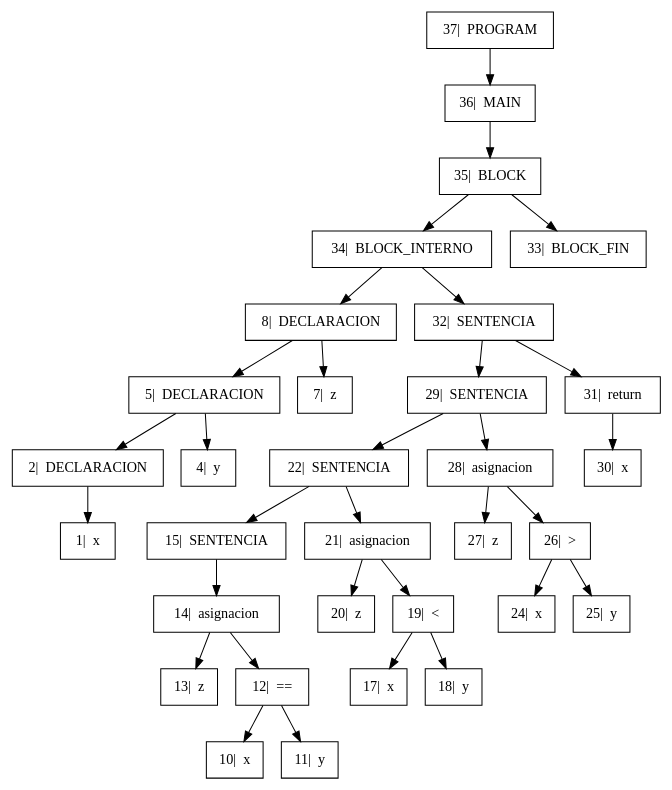
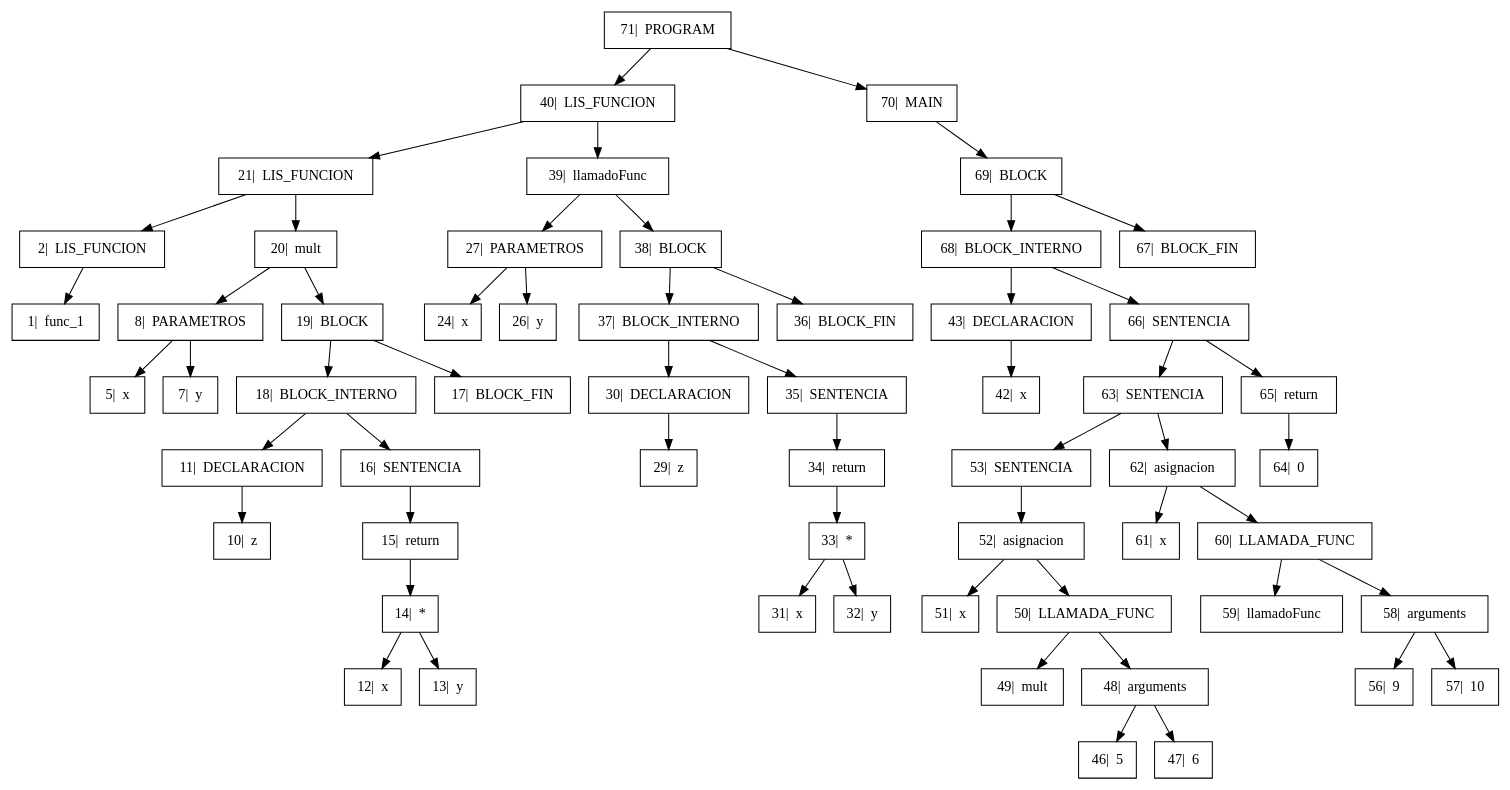
One commit to GiovA07/PRE-PROYECTO-COMPILADORES changed the diagram in Proyecto/output/Arbol.dot. Above: the diagram before and after it, drawn with Graphviz. The commit also changed 8 other files, not shown here.

```diff
--- a/Proyecto/output/Arbol.dot
+++ b/Proyecto/output/Arbol.dot
@@ -1,24 +1,40 @@
 digraph{
 
 rankdir=TB;
 
 node[shape=box];
-"37|  PROGRAM" -> "36|  MAIN" ;
-"36|  MAIN" -> "35|  BLOCK" ;
-"35|  BLOCK" -> "34|  BLOCK_INTERNO", "33|  BLOCK_FIN";
-"34|  BLOCK_INTERNO" -> "8|  DECLARACION", "32|  SENTENCIA";
-"8|  DECLARACION" -> "5|  DECLARACION", "7|  z";
-"5|  DECLARACION" -> "2|  DECLARACION", "4|  y";
-"2|  DECLARACION" -> "1|  x" ;
-"32|  SENTENCIA" -> "29|  SENTENCIA", "31|  return";
-"29|  SENTENCIA" -> "22|  SENTENCIA", "28|  asignacion";
-"22|  SENTENCIA" -> "15|  SENTENCIA", "21|  asignacion";
-"15|  SENTENCIA" -> "14|  asignacion" ;
-"14|  asignacion" -> "13|  z", "12|  ==";
-"12|  ==" -> "10|  x", "11|  y";
-"21|  asignacion" -> "20|  z", "19|  <";
-"19|  <" -> "17|  x", "18|  y";
-"28|  asignacion" -> "27|  z", "26|  >";
-"26|  >" -> "24|  x", "25|  y";
-"31|  return" -> "30|  x" ;
+"71|  PROGRAM" -> "40|  LIS_FUNCION", "70|  MAIN";
+"40|  LIS_FUNCION" -> "21|  LIS_FUNCION", "39|  llamadoFunc";
+"21|  LIS_FUNCION" -> "2|  LIS_FUNCION", "20|  mult";
+"2|  LIS_FUNCION" -> "1|  func_1" ;
+"20|  mult" -> "8|  PARAMETROS", "19|  BLOCK";
+"8|  PARAMETROS" -> "5|  x", "7|  y";
+"19|  BLOCK" -> "18|  BLOCK_INTERNO", "17|  BLOCK_FIN";
+"18|  BLOCK_INTERNO" -> "11|  DECLARACION", "16|  SENTENCIA";
+"11|  DECLARACION" -> "10|  z" ;
+"16|  SENTENCIA" -> "15|  return" ;
+"15|  return" -> "14|  *" ;
+"14|  *" -> "12|  x", "13|  y";
+"39|  llamadoFunc" -> "27|  PARAMETROS", "38|  BLOCK";
+"27|  PARAMETROS" -> "24|  x", "26|  y";
+"38|  BLOCK" -> "37|  BLOCK_INTERNO", "36|  BLOCK_FIN";
+"37|  BLOCK_INTERNO" -> "30|  DECLARACION", "35|  SENTENCIA";
+"30|  DECLARACION" -> "29|  z" ;
+"35|  SENTENCIA" -> "34|  return" ;
+"34|  return" -> "33|  *" ;
+"33|  *" -> "31|  x", "32|  y";
+"70|  MAIN" -> "69|  BLOCK" ;
+"69|  BLOCK" -> "68|  BLOCK_INTERNO", "67|  BLOCK_FIN";
+"68|  BLOCK_INTERNO" -> "43|  DECLARACION", "66|  SENTENCIA";
+"43|  DECLARACION" -> "42|  x" ;
+"66|  SENTENCIA" -> "63|  SENTENCIA", "65|  return";
+"63|  SENTENCIA" -> "53|  SENTENCIA", "62|  asignacion";
+"53|  SENTENCIA" -> "52|  asignacion" ;
+"52|  asignacion" -> "51|  x", "50|  LLAMADA_FUNC";
+"50|  LLAMADA_FUNC" -> "49|  mult", "48|  arguments";
+"48|  arguments" -> "46|  5", "47|  6";
+"62|  asignacion" -> "61|  x", "60|  LLAMADA_FUNC";
+"60|  LLAMADA_FUNC" -> "59|  llamadoFunc", "58|  arguments";
+"58|  arguments" -> "56|  9", "57|  10";
+"65|  return" -> "64|  0" ;
 }
```
